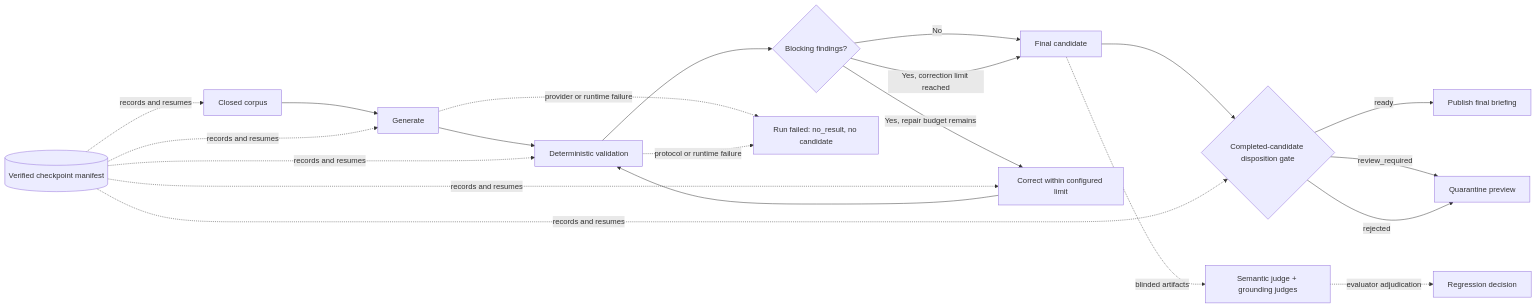
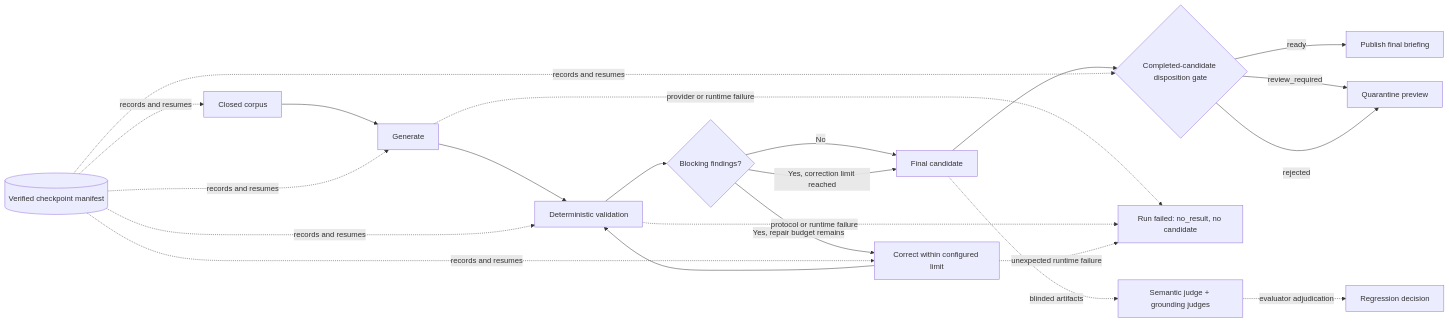
The diagram in docs/design.md (elanthus/news-briefing), drawn with Mermaid before and after one commit.

Commit message:
docs: show correction runtime failures in orchestration flow

````diff
--- a/docs/design.md
+++ b/docs/design.md
@@ -57,26 +57,27 @@
 ```mermaid
 flowchart LR
     corpus[Closed corpus] --> generate[Generate]
     generate --> validate[Deterministic validation]
     validate --> findings{Blocking findings?}
     findings -- No --> candidate[Final candidate]
     findings -- Yes, repair budget remains --> correct[Correct within configured limit]
     correct --> validate
     findings -- Yes, correction limit reached --> candidate
     candidate --> gate{Completed-candidate disposition gate}
 
     gate -- ready --> publish[Publish final briefing]
     gate -- review_required --> quarantine[Quarantine preview]
     gate -- rejected --> quarantine
     generate -. provider or runtime failure .-> failed[Run failed: no_result, no candidate]
     validate -. protocol or runtime failure .-> failed
+    correct -. unexpected runtime failure .-> failed
 
     manifest[(Verified checkpoint manifest)] -. records and resumes .-> corpus
     manifest -. records and resumes .-> generate
     manifest -. records and resumes .-> validate
     manifest -. records and resumes .-> correct
     manifest -. records and resumes .-> gate
 
     candidate -. blinded artifacts .-> judges[Semantic judge + grounding judges]
     judges -. evaluator adjudication .-> evaluation[Regression decision]
 ```
````
